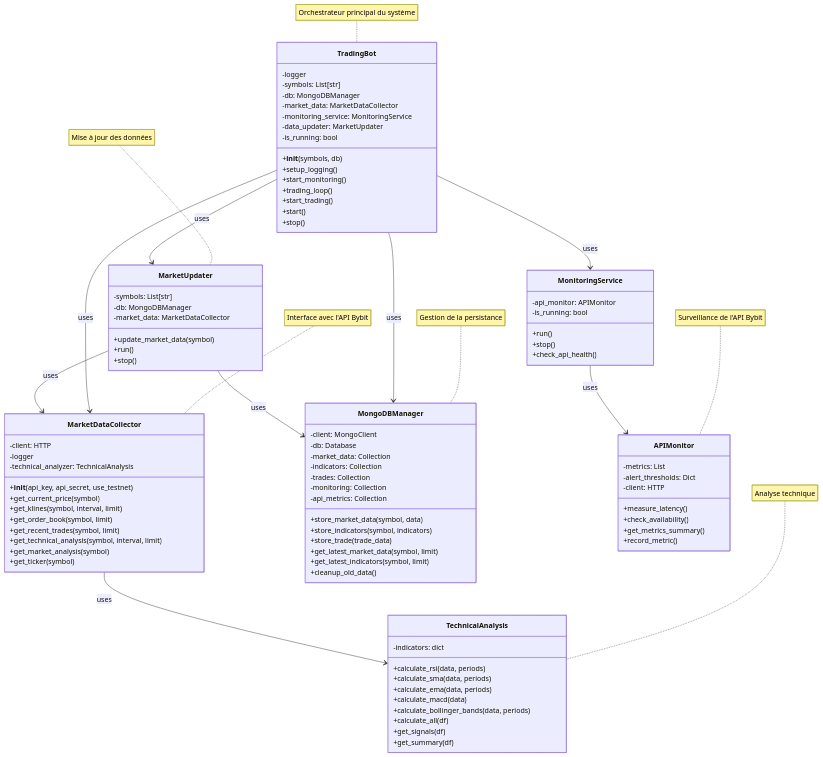
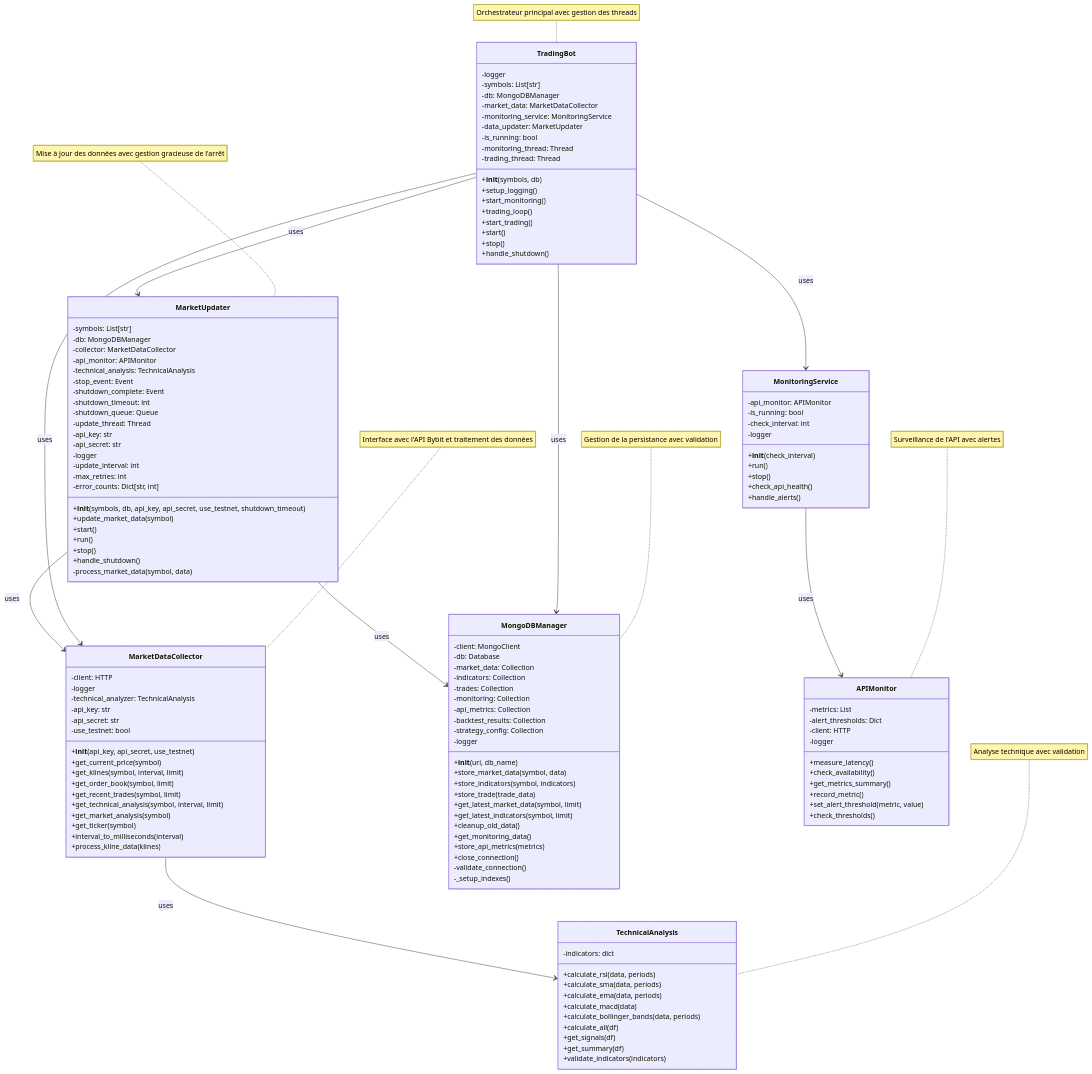
Before and after one commit to kayi2215/bybit: the first of 2 diagrams in architecture.md, drawn with Mermaid. The commit also changed other lines of this file, not shown here.

````diff
--- a/architecture.md
+++ b/architecture.md
@@ -12,6 +12,8 @@
         -monitoring_service: MonitoringService
         -data_updater: MarketUpdater
         -is_running: bool
+        -monitoring_thread: Thread
+        -trading_thread: Thread
         +__init__(symbols, db)
         +setup_logging()
         +start_monitoring()
@@ -19,12 +21,16 @@
         +start_trading()
         +start()
         +stop()
+        +handle_shutdown()
     }
 
     class MarketDataCollector {
         -client: HTTP
         -logger
         -technical_analyzer: TechnicalAnalysis
+        -api_key: str
+        -api_secret: str
+        -use_testnet: bool
         +__init__(api_key, api_secret, use_testnet)
         +get_current_price(symbol)
         +get_klines(symbol, interval, limit)
@@ -33,6 +39,8 @@
         +get_technical_analysis(symbol, interval, limit)
         +get_market_analysis(symbol)
         +get_ticker(symbol)
+        +interval_to_milliseconds(interval)
+        +process_kline_data(klines)
     }
 
     class TechnicalAnalysis {
@@ -45,6 +53,7 @@
         +calculate_all(df)
         +get_signals(df)
         +get_summary(df)
+        +validate_indicators(indicators)
     }
 
     class MongoDBManager {
@@ -55,39 +64,72 @@
         -trades: Collection
         -monitoring: Collection
         -api_metrics: Collection
+        -backtest_results: Collection
+        -strategy_config: Collection
+        -logger
+        +__init__(uri, db_name)
         +store_market_data(symbol, data)
         +store_indicators(symbol, indicators)
         +store_trade(trade_data)
         +get_latest_market_data(symbol, limit)
         +get_latest_indicators(symbol, limit)
         +cleanup_old_data()
+        +get_monitoring_data()
+        +store_api_metrics(metrics)
+        +close_connection()
+        -validate_connection()
+        -_setup_indexes()
     }
 
     class APIMonitor {
         -metrics: List
         -alert_thresholds: Dict
         -client: HTTP
+        -logger
         +measure_latency()
         +check_availability()
         +get_metrics_summary()
         +record_metric()
+        +set_alert_threshold(metric, value)
+        +check_thresholds()
     }
 
     class MonitoringService {
         -api_monitor: APIMonitor
         -is_running: bool
+        -check_interval: int
+        -logger
+        +__init__(check_interval)
         +run()
         +stop()
         +check_api_health()
+        +handle_alerts()
     }
 
     class MarketUpdater {
         -symbols: List[str]
         -db: MongoDBManager
-        -market_data: MarketDataCollector
+        -collector: MarketDataCollector
+        -api_monitor: APIMonitor
+        -technical_analysis: TechnicalAnalysis
+        -stop_event: Event
+        -shutdown_complete: Event
+        -shutdown_timeout: int
+        -shutdown_queue: Queue
+        -update_thread: Thread
+        -api_key: str
+        -api_secret: str
+        -logger
+        -update_interval: int
+        -max_retries: int
+        -error_counts: Dict[str, int]
+        +__init__(symbols, db, api_key, api_secret, use_testnet, shutdown_timeout)
         +update_market_data(symbol)
+        +start()
         +run()
         +stop()
+        +handle_shutdown()
+        -process_market_data(symbol, data)
     }
 
     TradingBot --> MarketDataCollector : uses
@@ -99,10 +141,10 @@
     MarketUpdater --> MarketDataCollector : uses
     MarketUpdater --> MongoDBManager : uses
 
-    note for TradingBot "Orchestrateur principal du système"
-    note for MarketDataCollector "Interface avec l'API Bybit"
-    note for MongoDBManager "Gestion de la persistance"
-    note for TechnicalAnalysis "Analyse technique"
-    note for APIMonitor "Surveillance de l'API Bybit"
-    note for MarketUpdater "Mise à jour des données"
+    note for TradingBot "Orchestrateur principal avec gestion des threads"
+    note for MarketDataCollector "Interface avec l'API Bybit et traitement des données"
+    note for MongoDBManager "Gestion de la persistance avec validation"
+    note for TechnicalAnalysis "Analyse technique avec validation"
+    note for APIMonitor "Surveillance de l'API avec alertes"
+    note for MarketUpdater "Mise à jour des données avec gestion gracieuse de l'arrêt"
 ```
````
